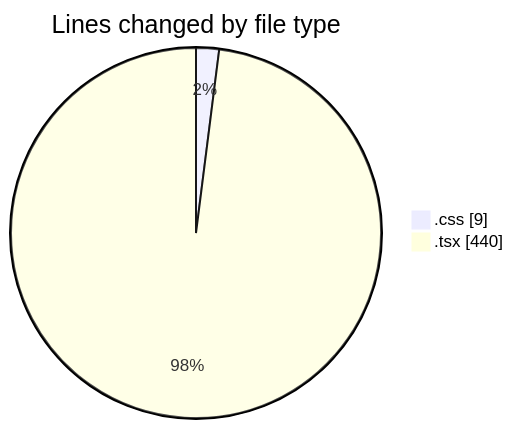
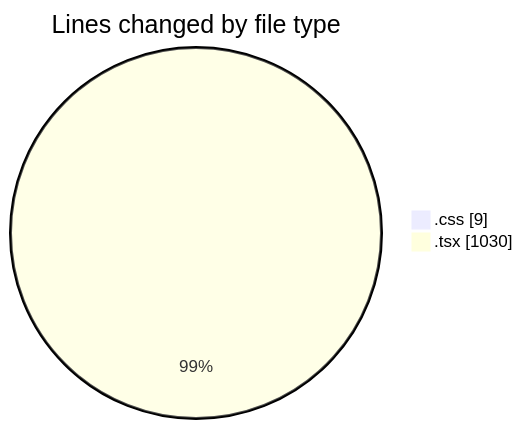
Before and after one commit to robertbonfada/code-tracking: the first of 2 diagrams in 2025-02-28/audiobooks-web/README.md, drawn with Mermaid. The commit also changed other lines of this file and 1 other file, not shown here.

````diff
--- a/2025-02-28/audiobooks-web/README.md
+++ b/2025-02-28/audiobooks-web/README.md
@@ -23,6 +26,6 @@
 ```mermaid
 pie showData
 title Lines changed by file type
 ".css" : 9
-".tsx" : 440
+".tsx" : 1030
 ```
````
